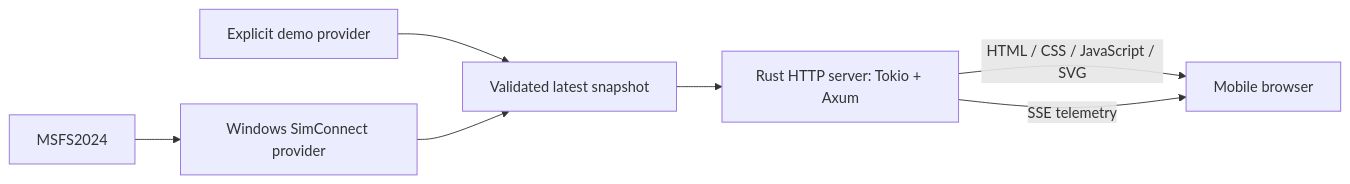
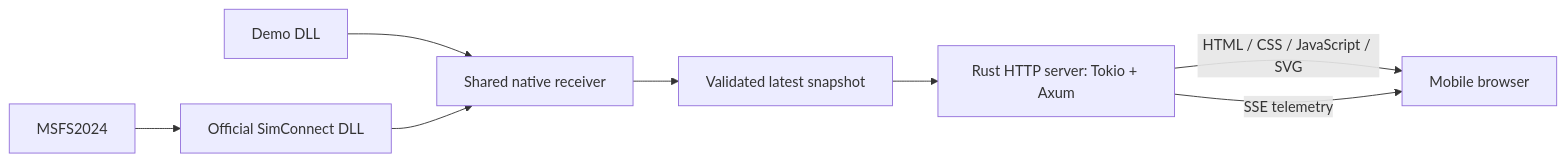
The first of 2 diagrams in docs/architecture.md (LeszekKantorek/msfs2024-artificial-horizon), drawn with Mermaid before and after one commit. The commit also changed other lines of this file and 86 other files, not shown here.

Commit message:
Implement JSONL-driven Demo DLL acquisition (#137)

````diff
--- a/docs/architecture.md
+++ b/docs/architecture.md
@@ -9,9 +9,10 @@
 ```mermaid
 flowchart LR
-    Simulator[MSFS2024] --> Adapter[Windows SimConnect provider]
-    Demo[Explicit demo provider] --> State[Validated latest snapshot]
-    Adapter --> State
+    Simulator[MSFS2024] --> Native[Official SimConnect DLL]
+    Demo[Demo DLL] --> Adapter[Shared native receiver]
+    Native --> Adapter
+    Adapter --> State[Validated latest snapshot]
     State --> HTTP[Rust HTTP server: Tokio + Axum]
     HTTP -->|HTML / CSS / JavaScript / SVG| Phone[Mobile browser]
     HTTP -->|SSE telemetry| Phone
 ```
````
